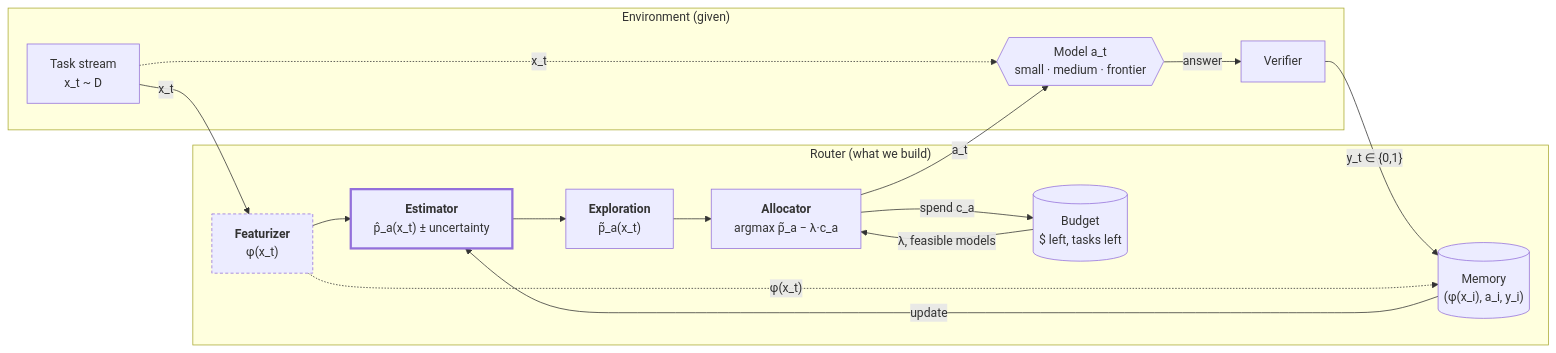
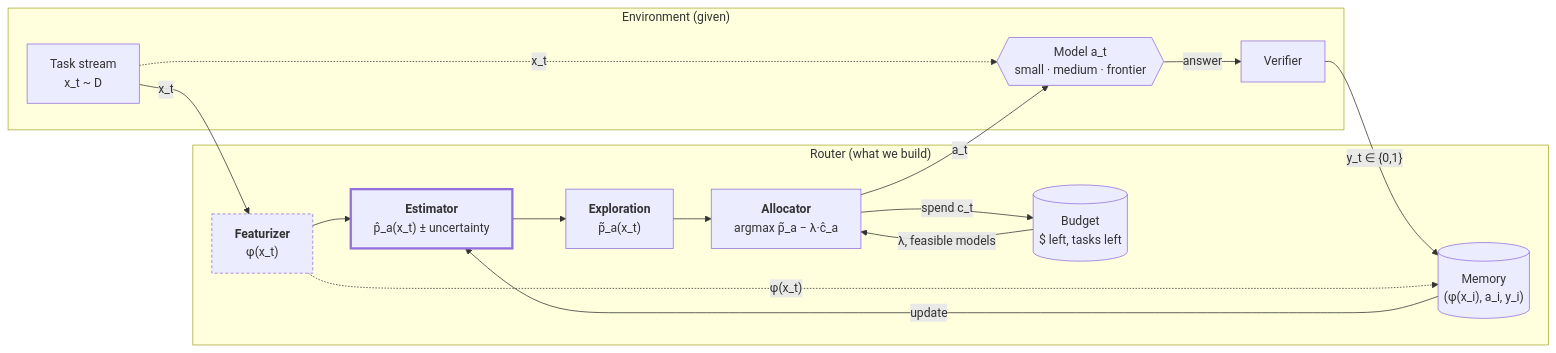
The diagram in math-model.md (samlaf/llm-routing), drawn with Mermaid before and after one commit. The commit also changed other lines of this file and 492 other files, not shown here.

````diff
--- a/math-model.md
+++ b/math-model.md
@@ -100,32 +105,32 @@
 ```mermaid
 flowchart LR
     subgraph env["Environment (given)"]
         S["Task stream<br/>x_t ~ D"]
         M{{"Model a_t<br/>small · medium · frontier"}}
         V["Verifier"]
     end
 
     subgraph router["Router (what we build)"]
         F["<b>Featurizer</b><br/>φ(x_t)"]
         E["<b>Estimator</b><br/>p̂_a(x_t) ± uncertainty"]
         X["<b>Exploration</b><br/>p̃_a(x_t)"]
-        A["<b>Allocator</b><br/>argmax p̃_a − λ·c_a"]
+        A["<b>Allocator</b><br/>argmax p̃_a − λ·ĉ_a"]
         B[("Budget<br/>$ left, tasks left")]
         H[("Memory<br/>(φ(x_i), a_i, y_i)")]
     end
 
     S -- x_t --> F --> E --> X --> A
     B -- "λ, feasible models" --> A
-    A -- "spend c_a" --> B
+    A -- "spend c_t" --> B
     A -- a_t --> M
     S -. x_t .-> M
     M -- answer --> V
     V -- "y_t ∈ {0,1}" --> H
     F -. "φ(x_t)" .-> H
     H -- "update" --> E
 
     classDef learned stroke-width:3px
     classDef frozen stroke-dasharray:4 3
     class E learned
     class F frozen
 ```
````
